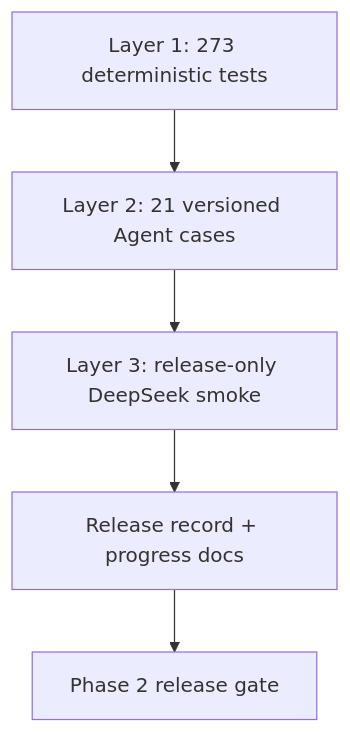
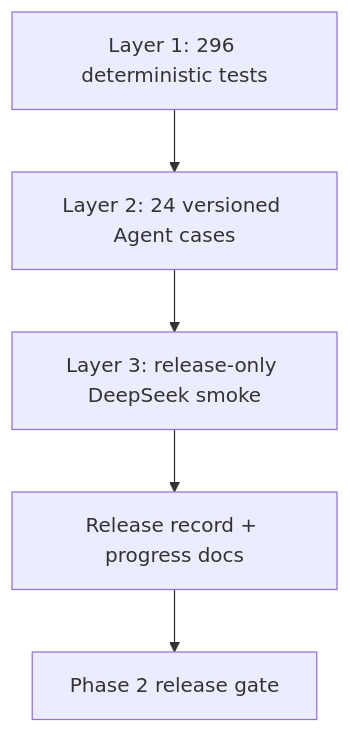
Before and after one commit to NEDONION/lobster0: the first of 4 diagrams in docs/engineering/phase-2/testing-and-debugging.md, drawn with Mermaid. The commit also changed other lines of this file and 21 other files, not shown here.

````diff
--- a/docs/engineering/phase-2/testing-and-debugging.md
+++ b/docs/engineering/phase-2/testing-and-debugging.md
@@ -22,7 +22,7 @@
 ```mermaid
 flowchart TB
-    UNIT["Layer 1: 273 deterministic tests"] --> OFFLINE["Layer 2: 21 versioned Agent cases"]
+    UNIT["Layer 1: 296 deterministic tests"] --> OFFLINE["Layer 2: 24 versioned Agent cases"]
     OFFLINE --> LIVE["Layer 3: release-only DeepSeek smoke"]
     LIVE --> DOC["Release record + progress docs"]
     DOC --> RELEASE["Phase 2 release gate"]
 ```
````
